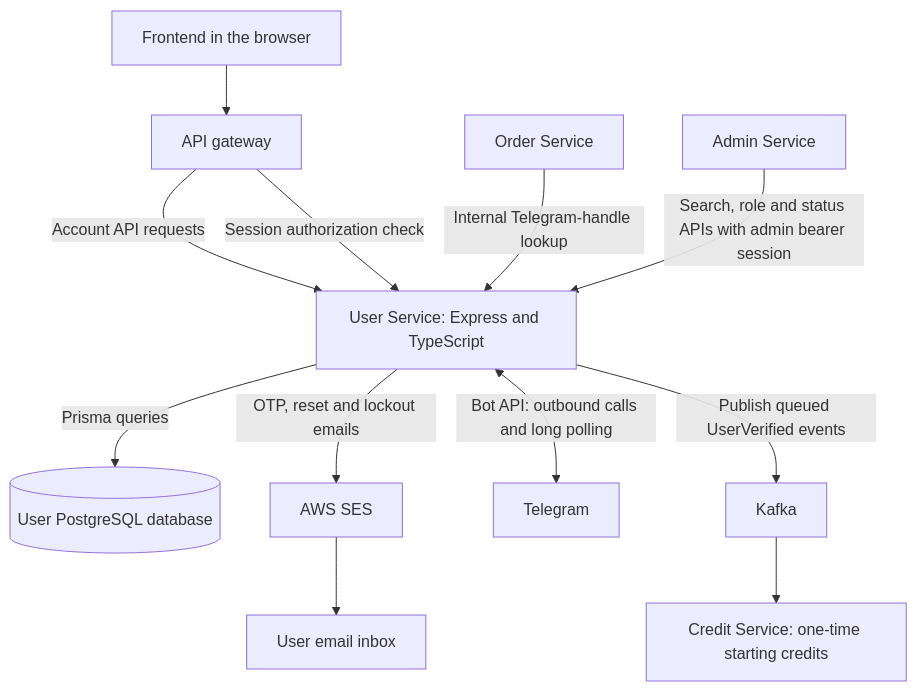
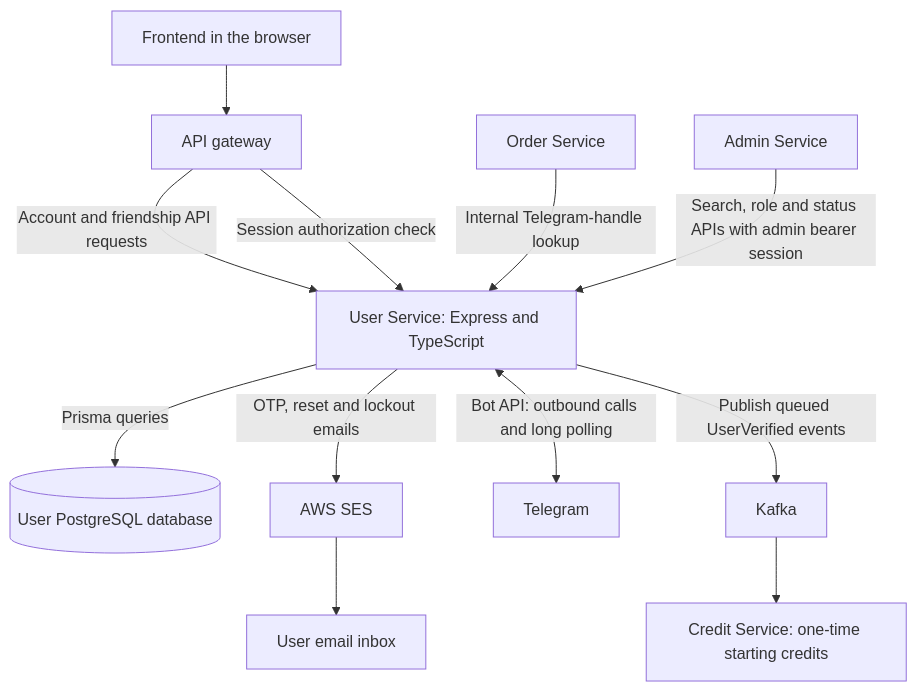
One commit to junngithub/AY2627S1-CS3219-P15 changed the first of 2 diagrams in user-service/docs/architecture.md. Above: the diagram before and after it, drawn with Mermaid. The commit also changed other lines of this file and 15 other files, not shown here.

````diff
--- a/user-service/docs/architecture.md
+++ b/user-service/docs/architecture.md
@@ -9,14 +9,14 @@
 ```mermaid
 flowchart TB
     browser[Frontend in the browser] --> gateway[API gateway]
-    gateway -->|Account API requests| user[User Service: Express and TypeScript]
+    gateway -->|Account and friendship API requests| user[User Service: Express and TypeScript]
     gateway -->|Session authorization check| user
     user -->|Prisma queries| db[(User PostgreSQL database)]
     user -->|OTP, reset and lockout emails| ses[AWS SES]
     ses --> inbox[User email inbox]
     user <-->|Bot API: outbound calls and long polling| telegram[Telegram]
     user -->|Publish queued UserVerified events| kafka[Kafka]
     kafka --> credit[Credit Service: one-time starting credits]
     order[Order Service] -->|Internal Telegram-handle lookup| user
     admin[Admin Service] -->|Search, role and status APIs with admin bearer session| user
 ```
````
